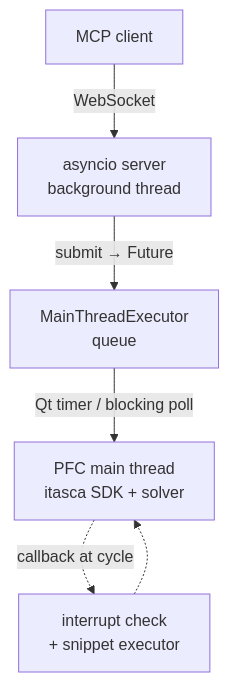
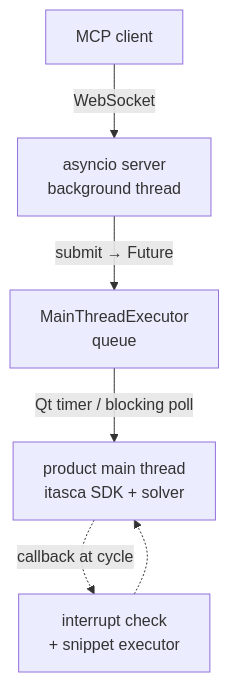
The diagram in README.md (yusong652/itasca-mcp-bridge), drawn with Mermaid before and after one commit. The commit also changed other lines of this file and 26 other files, not shown here.

````diff
--- a/README.md
+++ b/README.md
@@ -34,8 +34,8 @@
 ```mermaid
 flowchart TD
     C[MCP client] -->|WebSocket| S[asyncio server<br/>background thread]
     S -->|submit → Future| Q[MainThreadExecutor<br/>queue]
-    Q -->|Qt timer / blocking poll| M[PFC main thread<br/>itasca SDK + solver]
+    Q -->|Qt timer / blocking poll| M[product main thread<br/>itasca SDK + solver]
     M -.->|callback at cycle| CB[interrupt check<br/>+ snippet executor]
     CB -.-> M
 ```
````
